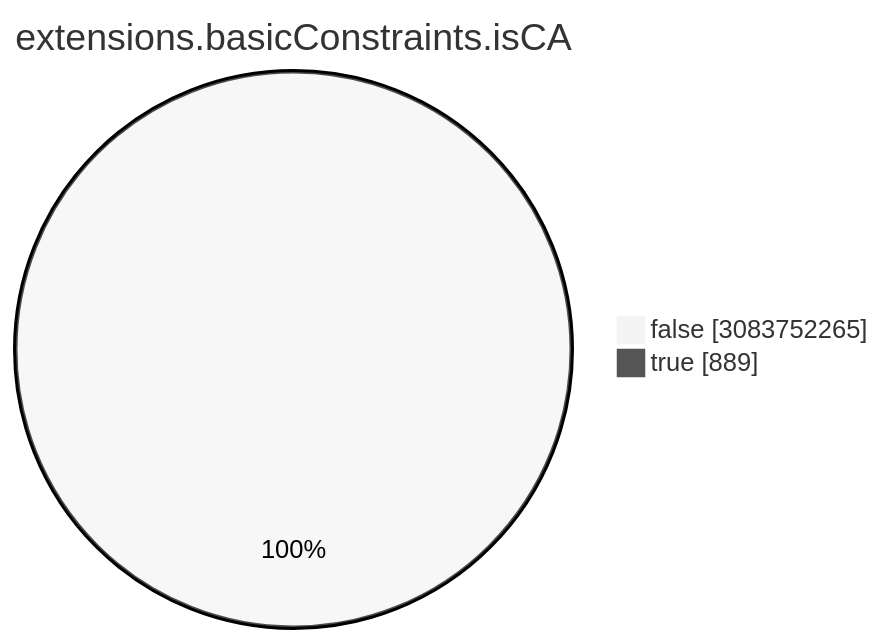
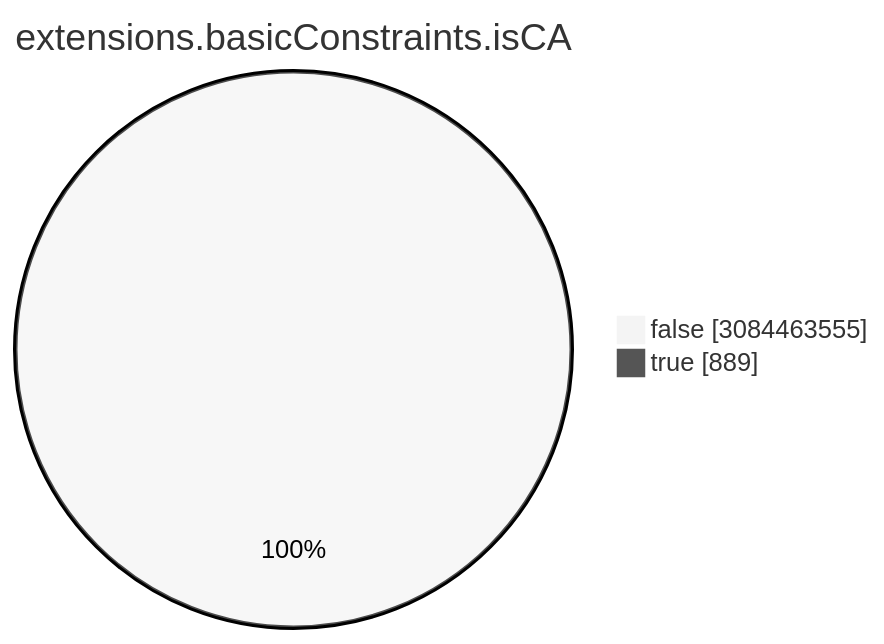
One commit to christiankrug/ctmonitor_visualization changed the seventh of 15 diagrams in TOTAL/README.md. Above: the diagram before and after it, drawn with Mermaid (neutral theme). The commit also changed other lines of this file, not shown here.

````diff
--- a/TOTAL/README.md
+++ b/TOTAL/README.md
@@ -3088,6 +3088,6 @@
 ```mermaid
 pie showData
 title extensions.basicConstraints.isCA
-"false" :3083752265
+"false" :3084463555
 "true" :889
 ```
````
